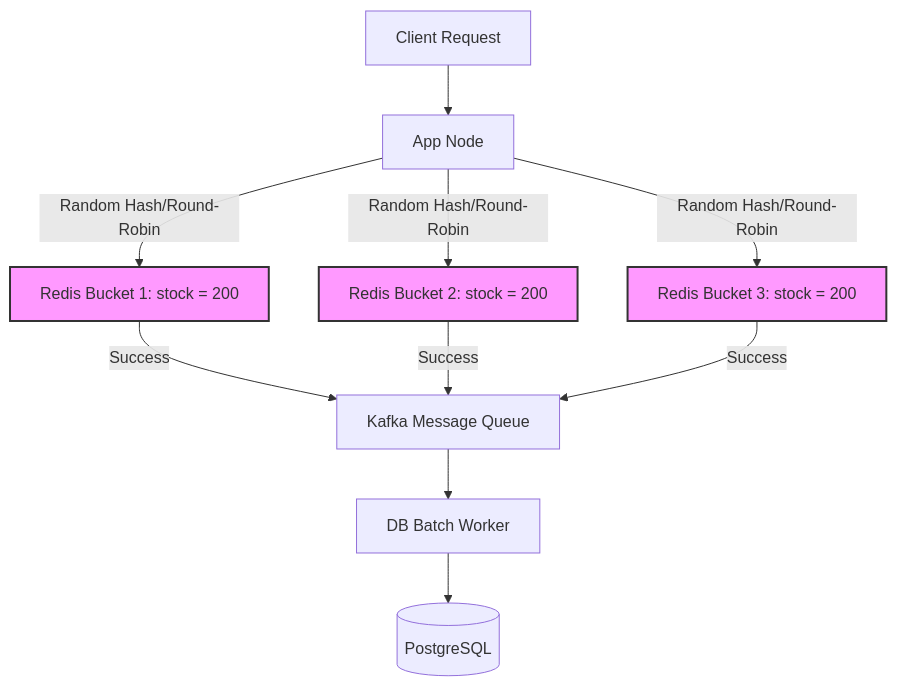
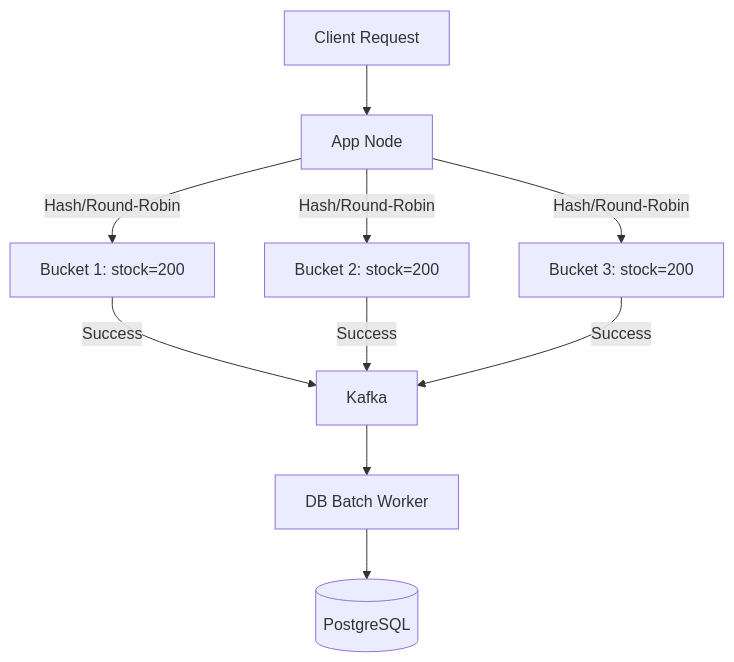
Before and after one commit to Chandra179/atlas: the diagram in blog/astro/src/content/docs/flash-sale.md, drawn with Mermaid. The commit also changed other lines of this file and 13 other files, not shown here.

````diff
--- a/blog/astro/src/content/docs/flash-sale.md
+++ b/blog/astro/src/content/docs/flash-sale.md
@@ -96,18 +42,12 @@
 ```mermaid
 graph TD
     Client[Client Request] --> App[App Node]
-    App -->|Random Hash/Round-Robin| B1[Redis Bucket 1: stock = 200]
-    App -->|Random Hash/Round-Robin| B2[Redis Bucket 2: stock = 200]
-    App -->|Random Hash/Round-Robin| B3[Redis Bucket 3: stock = 200]
-    
-    B1 -->|Success| MQ[Kafka Message Queue]
+    App -->|Hash/Round-Robin| B1[Bucket 1: stock=200]
+    App -->|Hash/Round-Robin| B2[Bucket 2: stock=200]
+    App -->|Hash/Round-Robin| B3[Bucket 3: stock=200]
+    B1 -->|Success| MQ[Kafka]
     B2 -->|Success| MQ
     B3 -->|Success| MQ
-    
     MQ --> Worker[DB Batch Worker]
     Worker --> DB[(PostgreSQL)]
-    
-    style B1 fill:#f9f,stroke:#333,stroke-width:2px
-    style B2 fill:#f9f,stroke:#333,stroke-width:2px
-    style B3 fill:#f9f,stroke:#333,stroke-width:2px
 ```
````
